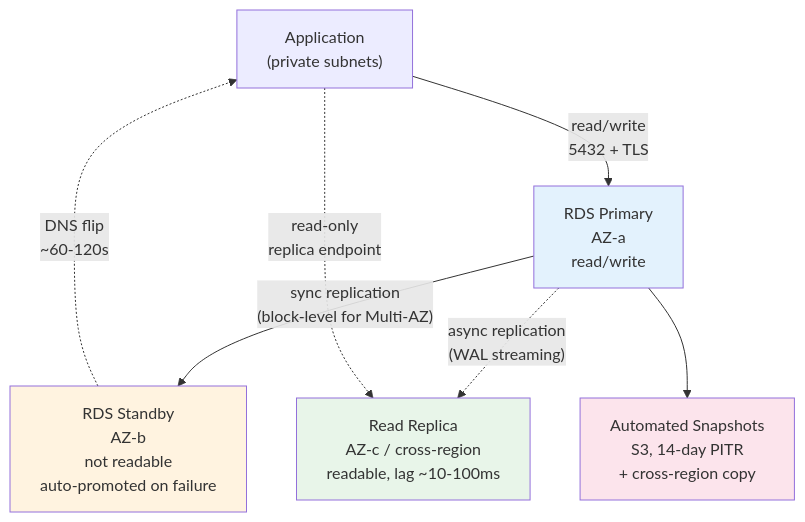
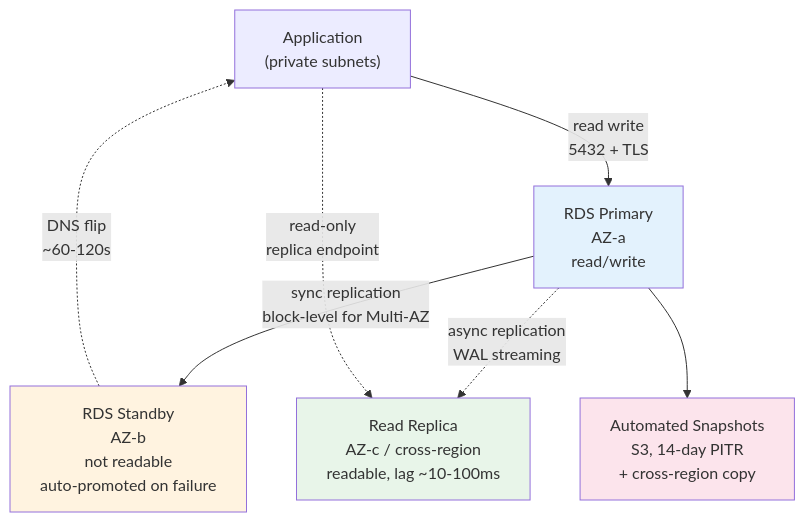
One commit to bumbsclaw/textbooks changed the second of 7 diagrams in vol-12-cloud-infra/ch06-managed-services.md. Above: the diagram before and after it, drawn with Mermaid. The commit also changed other lines of this file and 173 other files, not shown here.

First line of the commit message:
fix(mermaid): close note brackets, semicolons in Notes, stateDiagram br -> dash, edge parens

````diff
--- a/vol-12-cloud-infra/ch06-managed-services.md
+++ b/vol-12-cloud-infra/ch06-managed-services.md
@@ -219,14 +219,14 @@
 ```mermaid
 flowchart TB
-    App["Application<br/>(private subnets)"] -->|"read/write<br/>5432 + TLS"| Primary["RDS Primary<br/>AZ-a<br/>read/write"]
-    Primary -->|"sync replication<br/>(block-level for Multi-AZ)"| Standby["RDS Standby<br/>AZ-b<br/>not readable<br/>auto-promoted on failure"]
-    Primary -.->|"async replication<br/>(WAL streaming)"| Replica["Read Replica<br/>AZ-c / cross-region<br/>readable, lag ~10-100ms"]
-    App -.->|"read-only<br/>replica endpoint"| Replica
+    App["Application<br/>(private subnets)"] -->|"read write<br >5432 + TLS"| Primary["RDS Primary<br/>AZ-a<br/>read/write"]
+    Primary -->|"sync replication<br > block-level for Multi-AZ "| Standby["RDS Standby<br/>AZ-b<br/>not readable<br/>auto-promoted on failure"]
+    Primary -.->|"async replication<br > WAL streaming "| Replica["Read Replica<br/>AZ-c / cross-region<br/>readable, lag ~10-100ms"]
+    App -.->|"read-only<br >replica endpoint"| Replica
     Primary --> Snap["Automated Snapshots<br/>S3, 14-day PITR<br/>+ cross-region copy"]
-    Standby -.->|"DNS flip<br/>~60-120s"| App
+    Standby -.->|"DNS flip<br >~60-120s"| App
 
     style Primary fill:#e3f2fd
     style Standby fill:#fff3e0
     style Replica fill:#e8f5e9
     style Snap fill:#fce4ec
 ```
````
